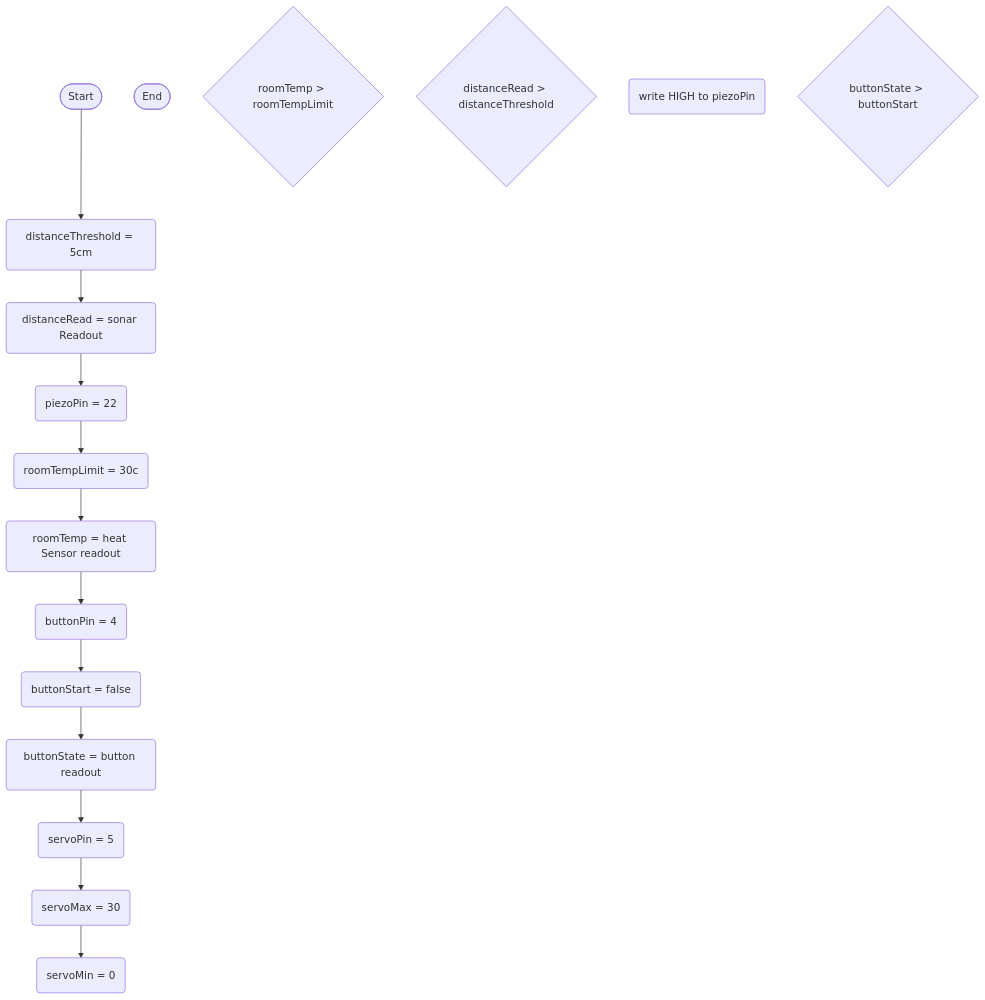
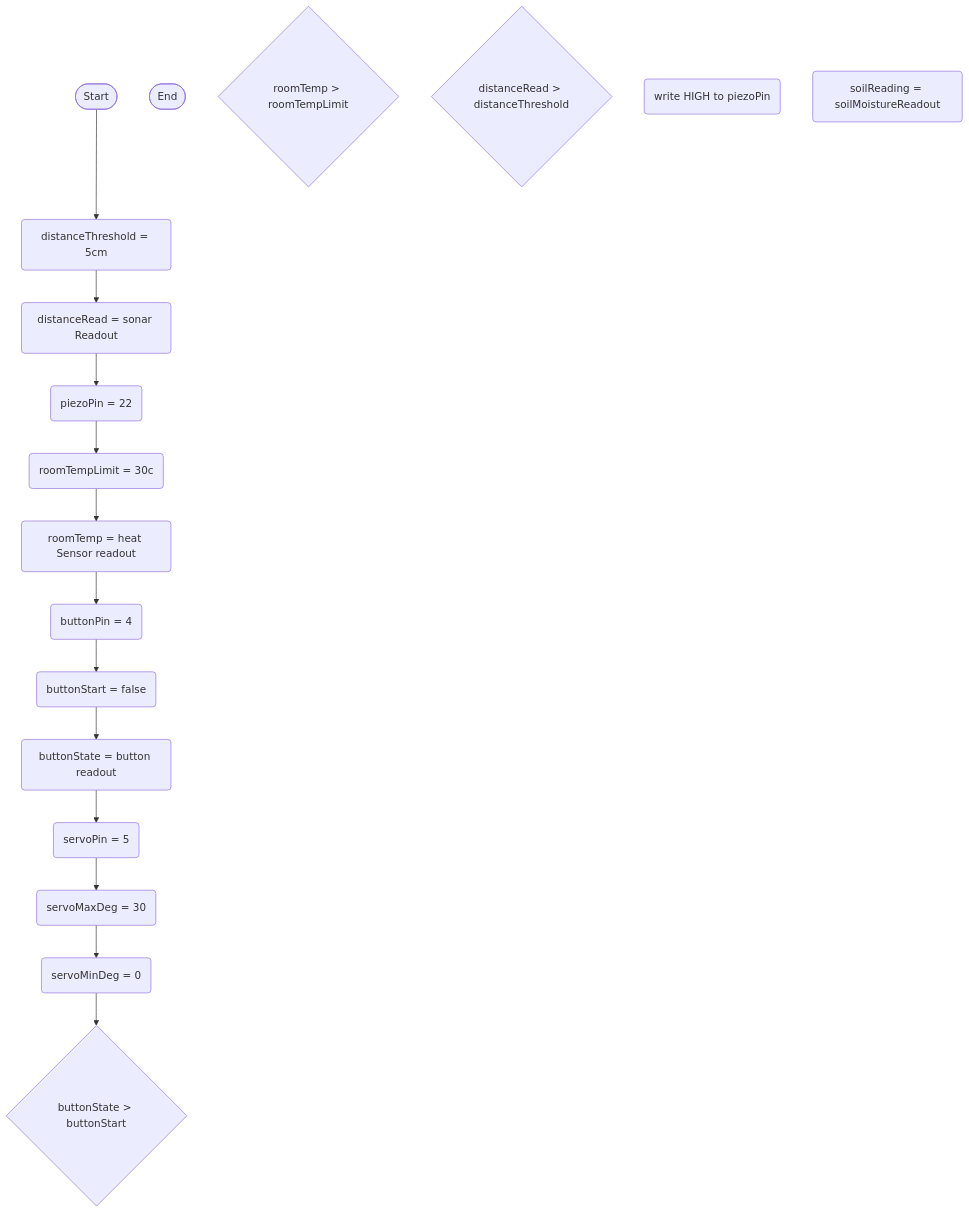
Before and after one commit to GodlyBlueDog/Automatic-GreenHouse-Person-Detection: the diagram in logic.md, drawn with Mermaid. The commit also changed other lines of this file, not shown here.

````diff
--- a/logic.md
+++ b/logic.md
@@ -1,48 +4,52 @@
 ```mermaid
 flowchart TD
 terminalStart([Start])
 terminalEnd([End])
 
 %% Tempurture 
 currentRoomTempReading(roomTemp = heat Sensor readout)
 roomTempLimit(roomTempLimit = 30c)
 ifTempGreaterThanLimit{roomTemp > roomTempLimit}
 
 
 %% distance
 thresholdSet(distanceThreshold = 5cm)
 currentDistanceReading(distanceRead = sonar Readout)
 ifDistanceLessThanThreshold{distanceRead > distanceThreshold}
 
 %% peizo 
 setPiezoPin(piezoPin = 22)
 activatePiezo(write HIGH to piezoPin)
 
 %% button
 buttonStart(buttonStart = false)
 setButtonPin(buttonPin = 4)
 currentButtonReading( buttonState = button readout)
 isButtonPressed{buttonState > buttonStart}
 
 
 %% servo
 servoPin(servoPin = 5)
-servoMaxDeg(servoMax = 30)
-servoMinDeg(servoMin = 0)
+servoMaxDeg(servoMaxDeg = 30)
+servoMinDeg(servoMinDeg = 0)
+
+%% soil moisture 
+soilMoistureSensor(soilReading = soilMoistureReadout)
 
 
 
 terminalStart --> thresholdSet
 thresholdSet --> currentDistanceReading
 currentDistanceReading --> setPiezoPin
 setPiezoPin --> roomTempLimit
 roomTempLimit--> currentRoomTempReading
 currentRoomTempReading--> setButtonPin
 setButtonPin --> buttonStart
 buttonStart --> currentButtonReading
 currentButtonReading --> servoPin
 servoPin --> servoMaxDeg
 servoMaxDeg --> servoMinDeg
+servoMinDeg --> isButtonPressed
 
 
 ```
````
